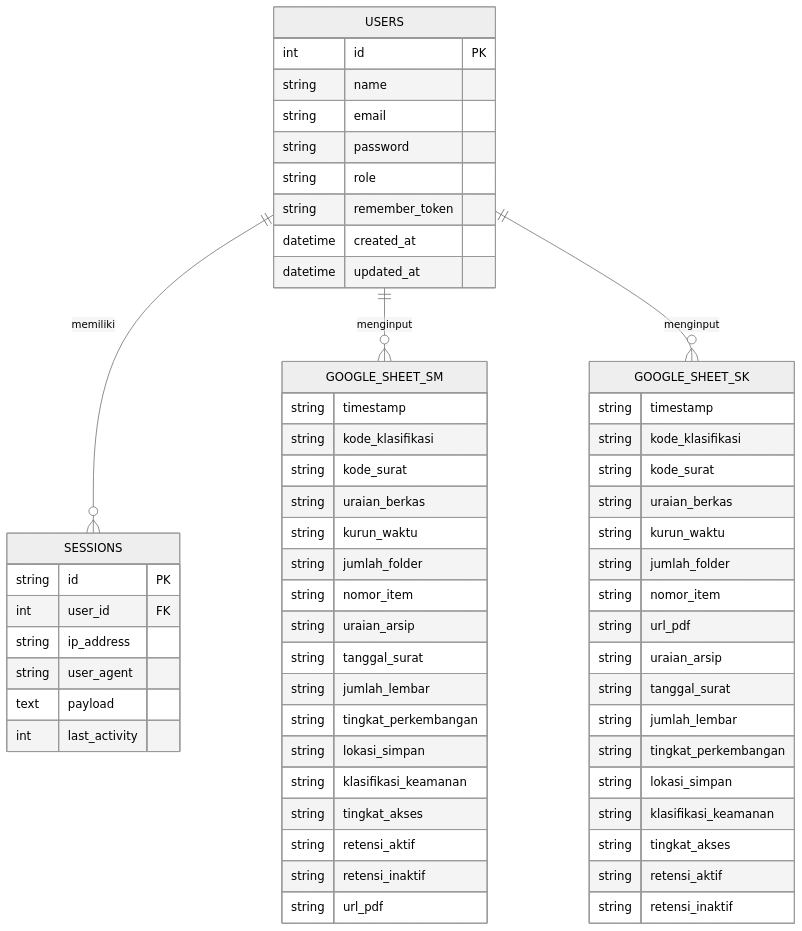
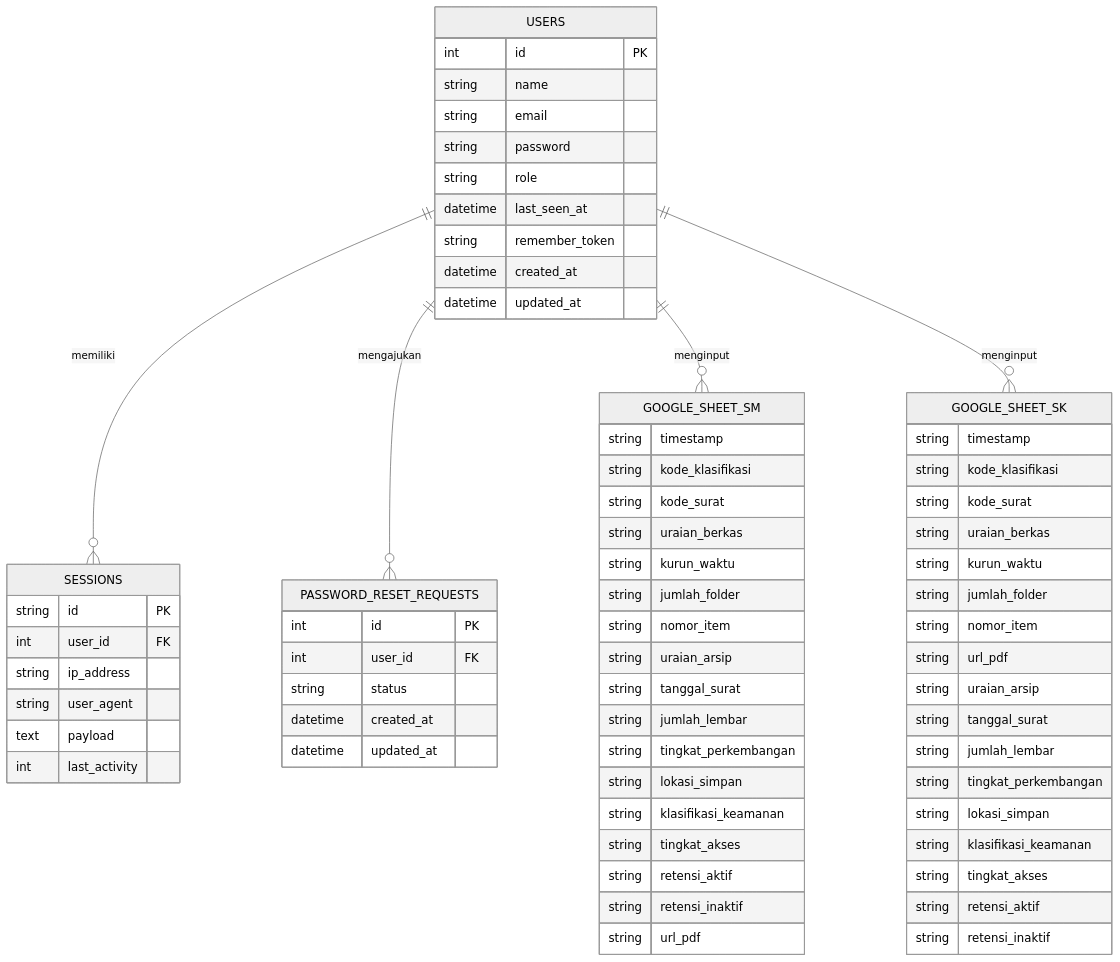
One commit to Rpl087/PROJECT-MAGANG changed the third of 3 diagrams in README.md. Above: the diagram before and after it, drawn with Mermaid (neutral theme). The commit also changed other lines of this file, not shown here.

````diff
--- a/README.md
+++ b/README.md
@@ -158,66 +238,76 @@
 ```mermaid
 erDiagram
     USERS {
         int id PK
         string name
         string email
         string password
         string role
+        datetime last_seen_at
         string remember_token
         datetime created_at
         datetime updated_at
     }
 
     SESSIONS {
         string id PK
         int user_id FK
         string ip_address
         string user_agent
         text payload
         int last_activity
+    }
+
+    PASSWORD_RESET_REQUESTS {
+        int id PK
+        int user_id FK
+        string status
+        datetime created_at
+        datetime updated_at
     }
 
     GOOGLE_SHEET_SM {
         string timestamp
         string kode_klasifikasi
         string kode_surat
         string uraian_berkas
         string kurun_waktu
         string jumlah_folder
         string nomor_item
         string uraian_arsip
         string tanggal_surat
         string jumlah_lembar
         string tingkat_perkembangan
         string lokasi_simpan
         string klasifikasi_keamanan
         string tingkat_akses
         string retensi_aktif
         string retensi_inaktif
         string url_pdf
     }
 
     GOOGLE_SHEET_SK {
         string timestamp
         string kode_klasifikasi
         string kode_surat
         string uraian_berkas
         string kurun_waktu
         string jumlah_folder
         string nomor_item
         string url_pdf
         string uraian_arsip
         string tanggal_surat
         string jumlah_lembar
         string tingkat_perkembangan
         string lokasi_simpan
         string klasifikasi_keamanan
         string tingkat_akses
         string retensi_aktif
         string retensi_inaktif
     }
 
     USERS ||--o{ SESSIONS : "memiliki"
+    USERS ||--o{ PASSWORD_RESET_REQUESTS : "mengajukan"
     USERS ||--o{ GOOGLE_SHEET_SM : "menginput"
     USERS ||--o{ GOOGLE_SHEET_SK : "menginput"
 ```
````
